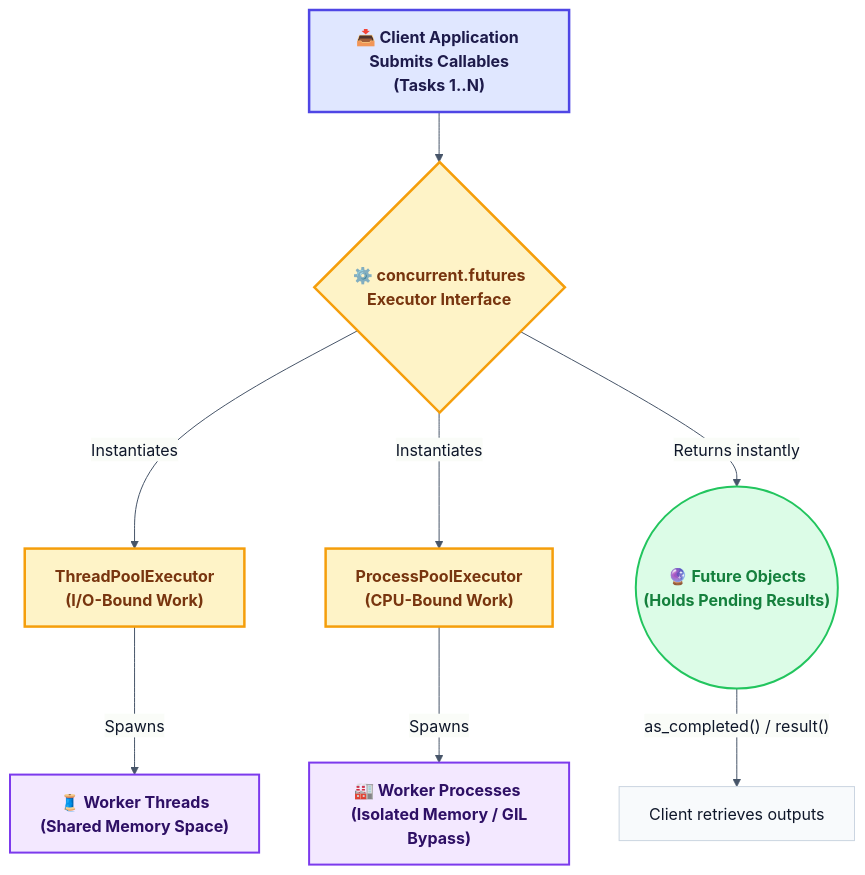
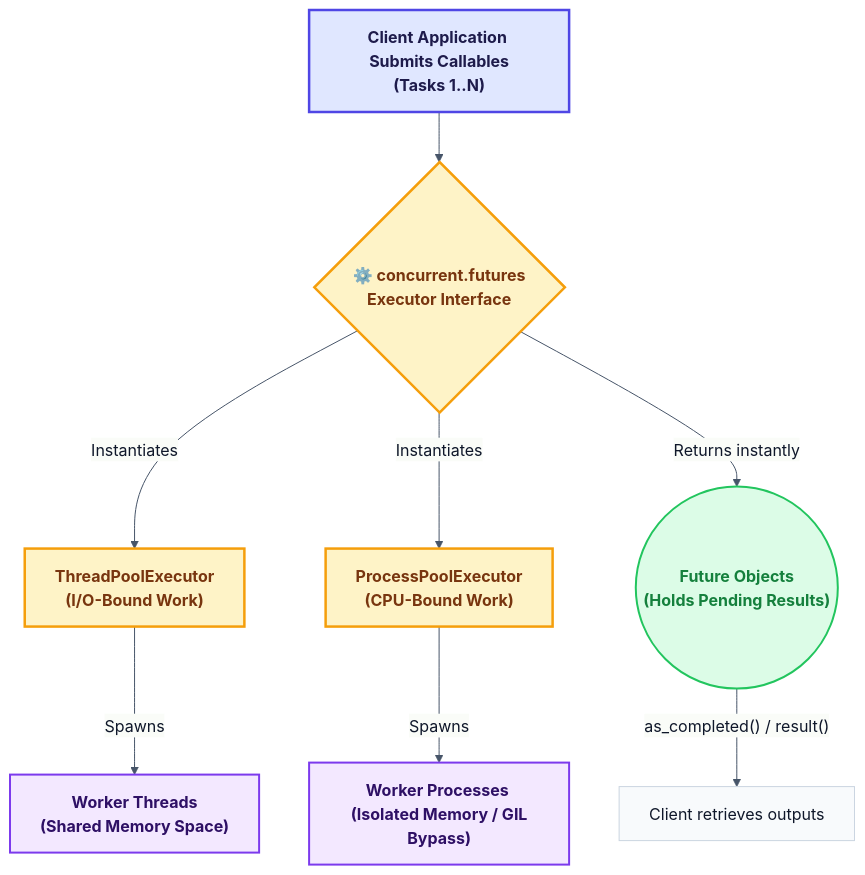
Before and after one commit to RameenAnwar/PDC-SP26-SE: the first of 5 diagrams in 23FA-025-SE/Chapter05/README.md, drawn with Mermaid. The commit also changed other lines of this file and 5 other files, not shown here.

````diff
--- a/23FA-025-SE/Chapter05/README.md
+++ b/23FA-025-SE/Chapter05/README.md
@@ -24,26 +24,26 @@
 ```mermaid
 %%{init: {'theme': 'base', 'themeVariables': { 'lineColor': '#475569', 'primaryColor': '#f8fafc', 'primaryTextColor': '#0f172a', 'primaryBorderColor': '#cbd5e1' }}}%%
 flowchart TD
     %% Premium concurrent.futures Architecture
     classDef client fill:#e0e7ff,stroke:#4f46e5,stroke-width:2.5px,color:#1e1b4b,font-weight:bold
     classDef executor fill:#fef3c7,stroke:#f59e0b,stroke-width:2.5px,color:#78350f,font-weight:bold
     classDef pool fill:#f3e8ff,stroke:#7c3aed,stroke-width:2px,color:#2e1065,font-weight:bold
     classDef future fill:#dcfce7,stroke:#22c55e,stroke-width:2px,color:#15803d,font-weight:bold
 
-    A["📥 Client Application <br> Submits Callables (Tasks 1..N)"] --> B{"⚙️ concurrent.futures <br> Executor Interface"}
+    A[" Client Application <br> Submits Callables (Tasks 1..N)"] --> B{"⚙️ concurrent.futures <br> Executor Interface"}
     
     B -->|Instantiates| C["ThreadPoolExecutor <br> (I/O-Bound Work)"]
     B -->|Instantiates| D["ProcessPoolExecutor <br> (CPU-Bound Work)"]
     
-    C -->|Spawns| E["🧵 Worker Threads <br> (Shared Memory Space)"]
-    D -->|Spawns| F["🏭 Worker Processes <br> (Isolated Memory / GIL Bypass)"]
+    C -->|Spawns| E[" Worker Threads <br> (Shared Memory Space)"]
+    D -->|Spawns| F[" Worker Processes <br> (Isolated Memory / GIL Bypass)"]
     
-    B -->|Returns instantly| G(("🔮 Future Objects <br> (Holds Pending Results)"))
+    B -->|Returns instantly| G(("Future Objects <br> (Holds Pending Results)"))
     
     G -->|"as_completed() / result()"| H["Client retrieves outputs"]
 
     class A client
     class B,C,D executor
     class E,F pool
     class G future
 ```
````
